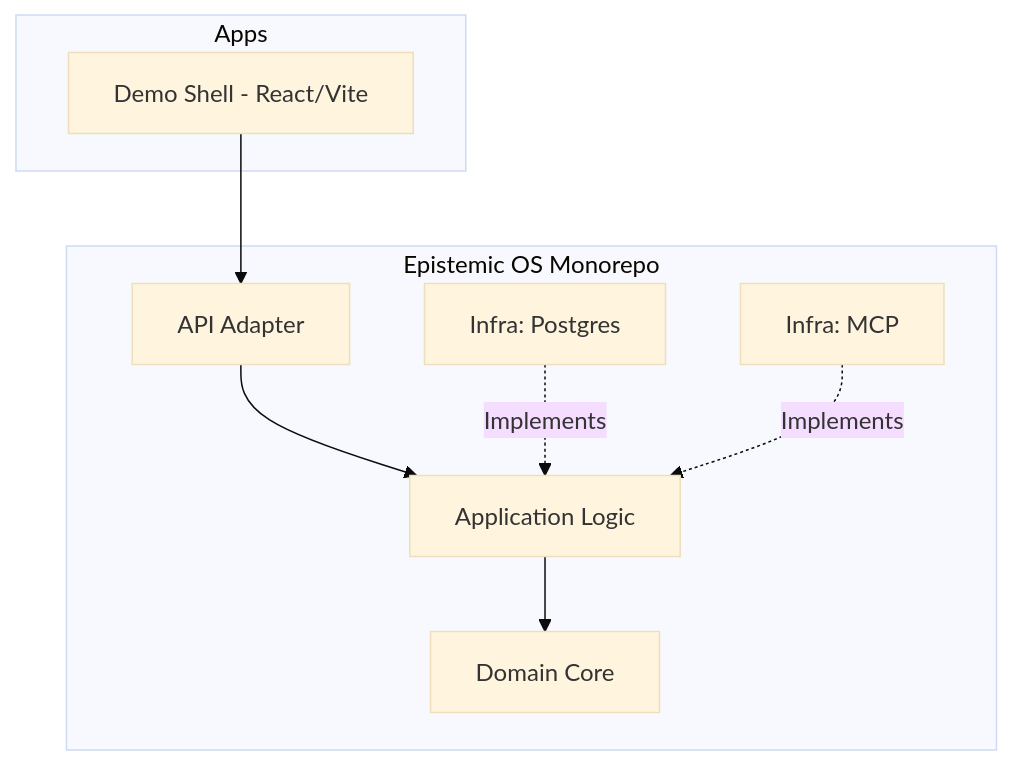
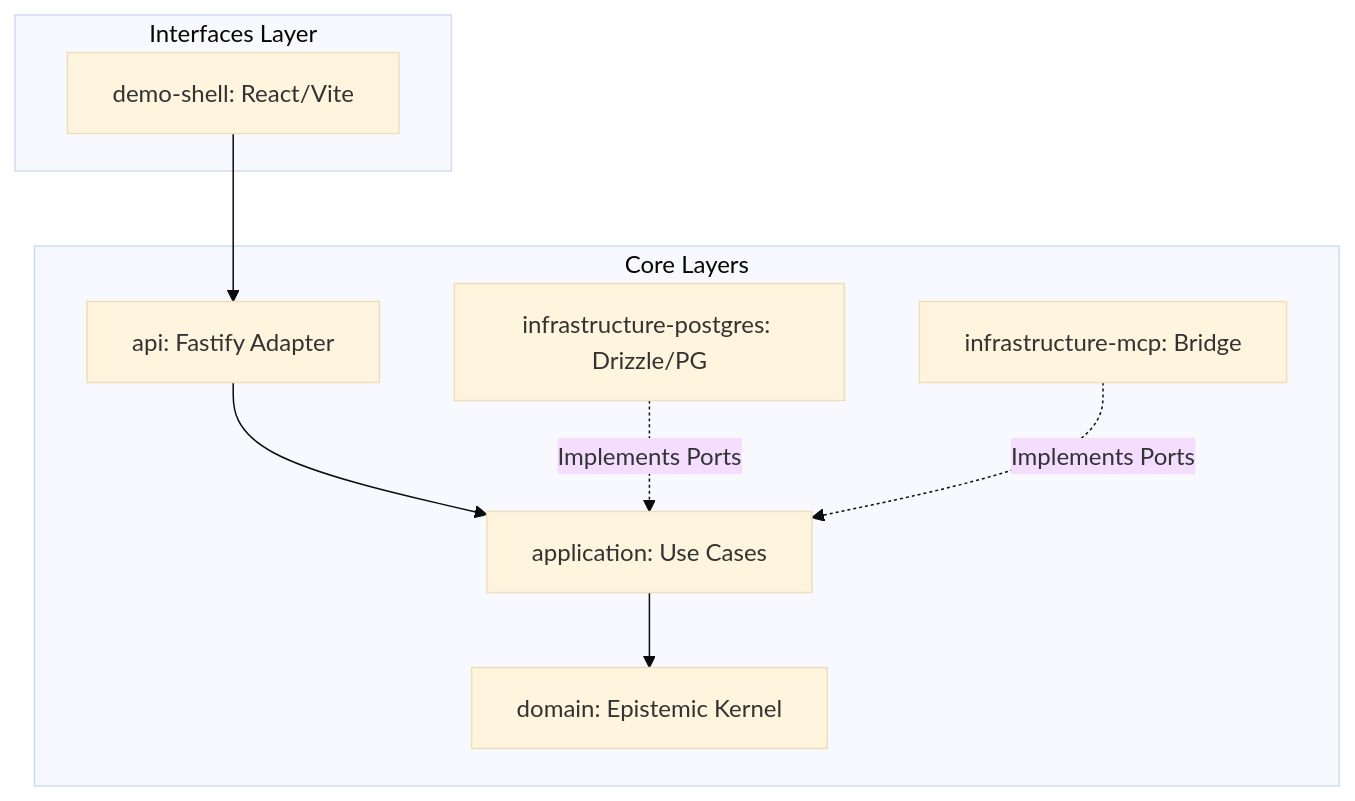
One commit to xlabkm-ux/epios changed the first of 2 diagrams in README.md. Above: the diagram before and after it, drawn with Mermaid (base theme). The commit also changed other lines of this file and 6 other files, not shown here.

Commit message:
docs: Synchronize versioning and architecture documentation after audit

````diff
--- a/README.md
+++ b/README.md
@@ -59,20 +67,20 @@
 ```mermaid
 graph TD
-    subgraph Apps
-        Shell[Demo Shell - React/Vite]
+    subgraph Apps [Interfaces Layer]
+        Shell[demo-shell: React/Vite]
     end
 
-    subgraph Kernel [Epistemic OS Monorepo]
-        API[API Adapter]
-        App[Application Logic]
-        Domain[Domain Core]
-        InfraP[Infra: Postgres]
-        InfraM[Infra: MCP]
+    subgraph Packages [Core Layers]
+        API[api: Fastify Adapter]
+        App[application: Use Cases]
+        Domain[domain: Epistemic Kernel]
+        InfraP[infrastructure-postgres: Drizzle/PG]
+        InfraM[infrastructure-mcp: Bridge]
     end
 
     Shell --> API
     API --> App
     App --> Domain
-    InfraP -.-> |Implements| App
-    InfraM -.-> |Implements| App
+    InfraP -.-> |Implements Ports| App
+    InfraM -.-> |Implements Ports| App
 ```
````
